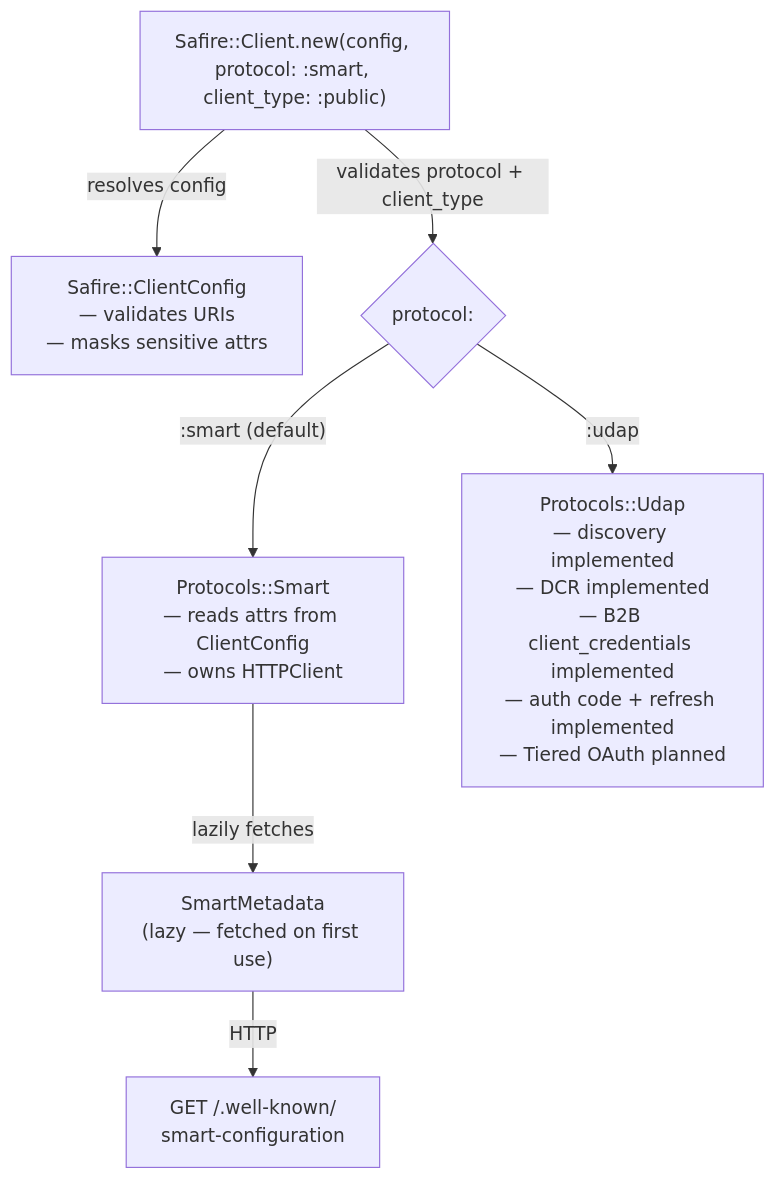
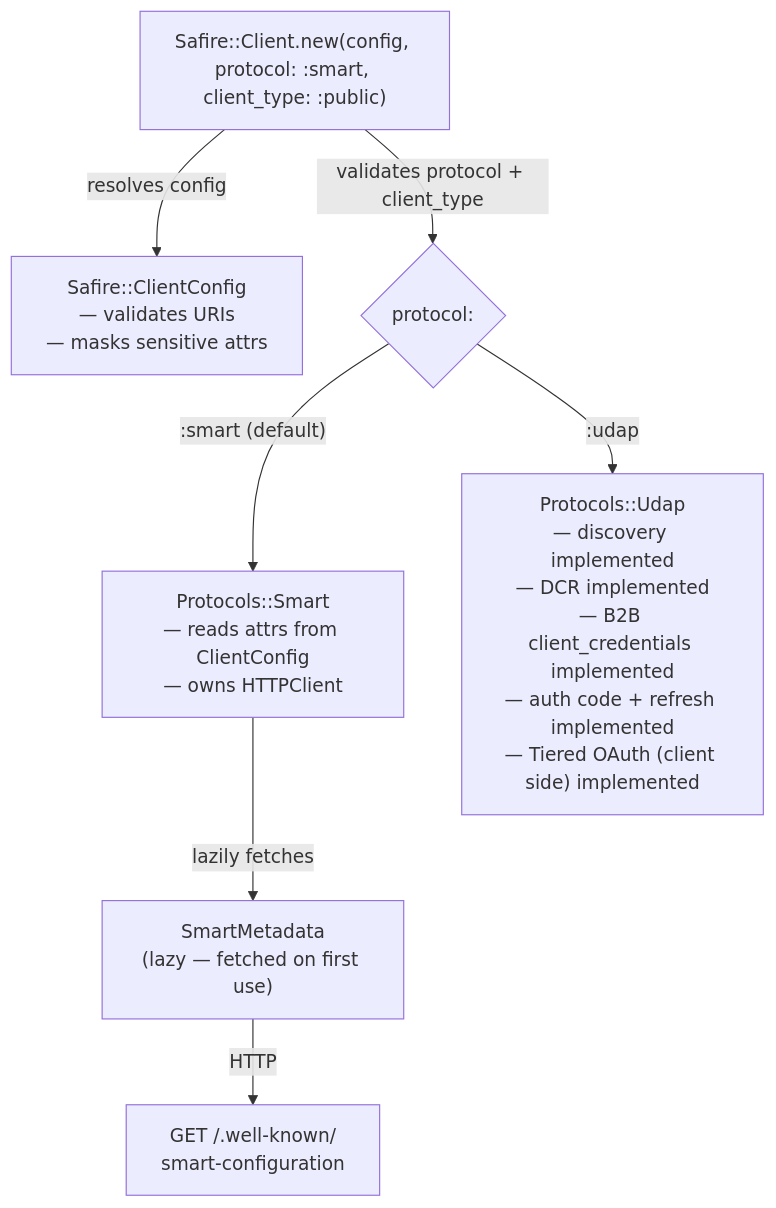
Before and after one commit to vanessuniq/safire: the diagram in docs/configuration/index.md, drawn with Mermaid. The commit also changed 9 other files, not shown here.

````diff
--- a/docs/configuration/index.md
+++ b/docs/configuration/index.md
@@ -20,16 +20,16 @@
 ```mermaid
 flowchart TD
     A["Safire::Client.new(config, protocol: :smart, client_type: :public)"]
     B["Safire::ClientConfig\n— validates URIs\n— masks sensitive attrs"]
     C{protocol:}
     D["Protocols::Smart\n— reads attrs from ClientConfig\n— owns HTTPClient"]
     E["SmartMetadata\n(lazy — fetched on first use)"]
     F["GET /.well-known/\nsmart-configuration"]
 
     A -->|"resolves config"| B
     A -->|"validates protocol + client_type"| C
     C -->|":smart (default)"| D
-    C -->|":udap"| G["Protocols::Udap\n— discovery implemented\n— DCR implemented\n— B2B client_credentials implemented\n— auth code + refresh implemented\n— Tiered OAuth planned"]
+    C -->|":udap"| G["Protocols::Udap\n— discovery implemented\n— DCR implemented\n— B2B client_credentials implemented\n— auth code + refresh implemented\n— Tiered OAuth (client side) implemented"]
     D -->|"lazily fetches"| E
     E -->|"HTTP"| F
 ```
````
